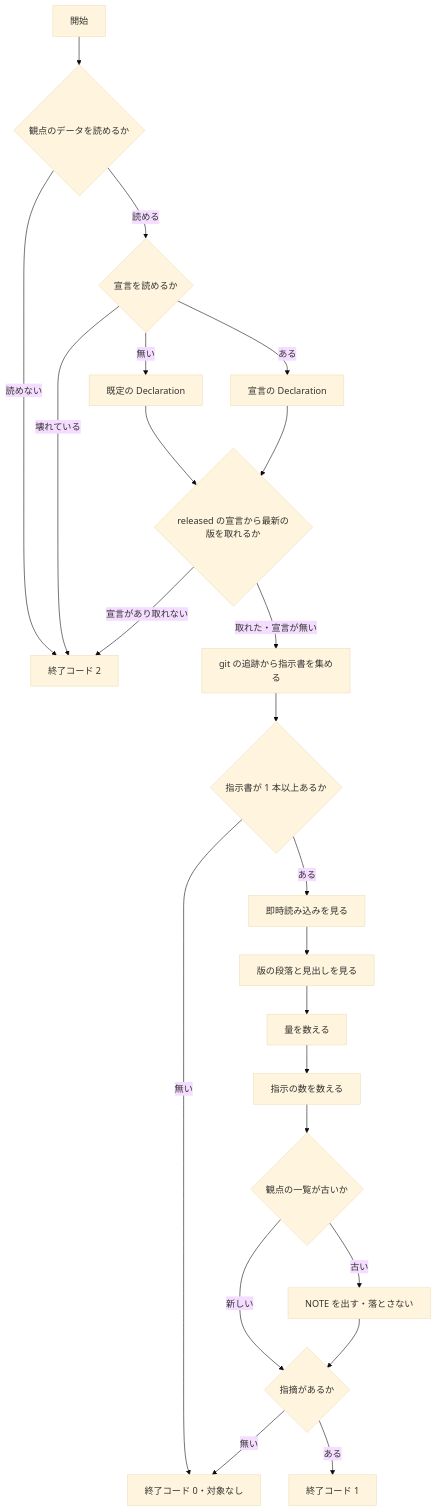
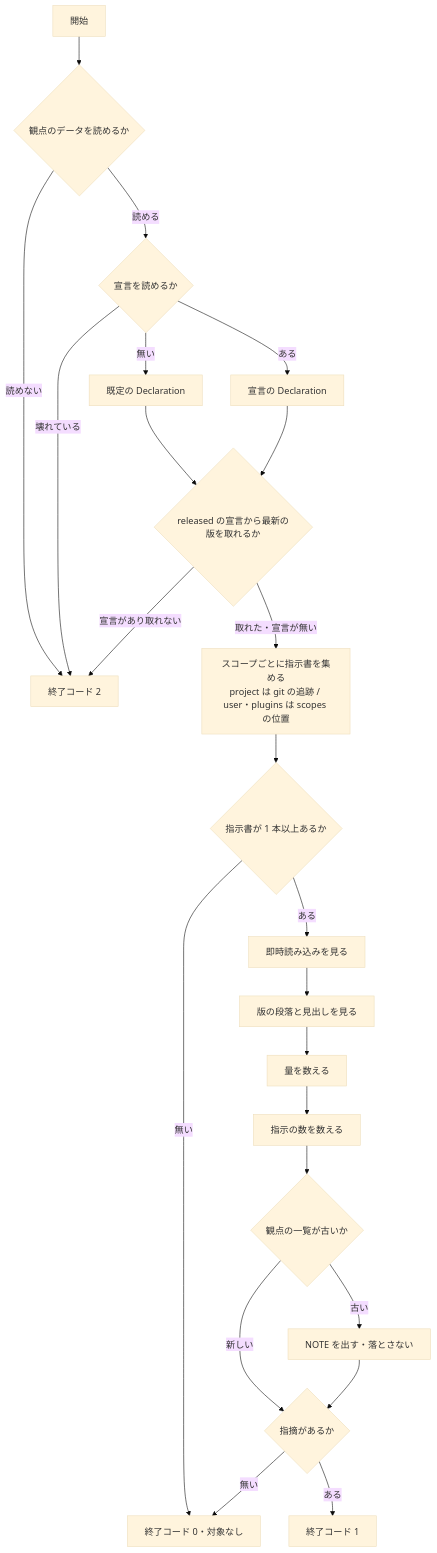
The fourth of 4 diagrams in issues/issue-554-design.md (devbasex/ai-plugins), drawn with Mermaid (base theme) before and after one commit. The commit also changed other lines of this file and 3 other files, not shown here.

````diff
--- a/issues/issue-554-design.md
+++ b/issues/issue-554-design.md
@@ -267,25 +267,25 @@
 ```mermaid
 graph TD
     S[開始] --> C{観点のデータを読めるか}
     C -->|読めない| E2[終了コード 2]
     C -->|読める| D{宣言を読めるか}
     D -->|壊れている| E2[終了コード 2]
     D -->|無い| DEF[既定の Declaration]
     D -->|ある| USE[宣言の Declaration]
     DEF --> MAX{released の宣言から最新の版を取れるか}
     USE --> MAX
     MAX -->|宣言があり取れない| E2
-    MAX -->|取れた・宣言が無い| COL[git の追跡から指示書を集める]
+    MAX -->|取れた・宣言が無い| COL[スコープごとに指示書を集める<br/>project は git の追跡 / user・plugins は scopes の位置]
     COL --> N{指示書が 1 本以上あるか}
     N -->|無い| E0[終了コード 0・対象なし]
     N -->|ある| IMP[即時読み込みを見る]
     IMP --> VER[版の段落と見出しを見る]
     VER --> BUD[量を数える]
     BUD --> CNT[指示の数を数える]
     CNT --> OLD{観点の一覧が古いか}
     OLD -->|古い| NOTE[NOTE を出す・落とさない]
     OLD -->|新しい| R{指摘があるか}
     NOTE --> R
     R -->|ある| E1[終了コード 1]
     R -->|無い| E0
 ```
````
